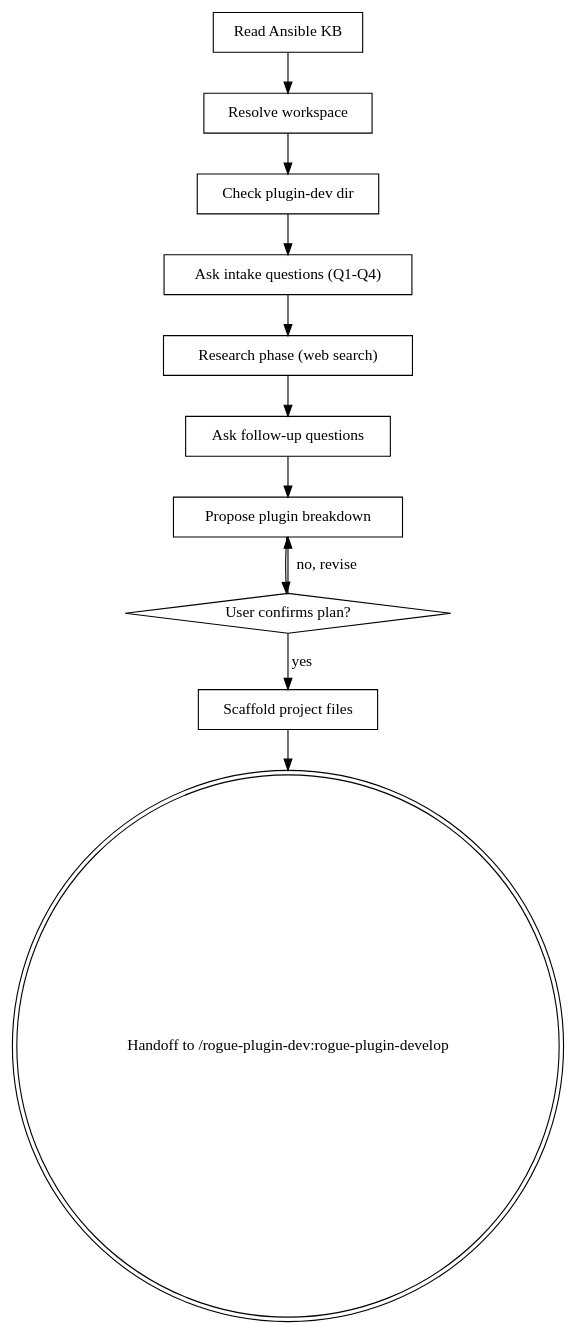
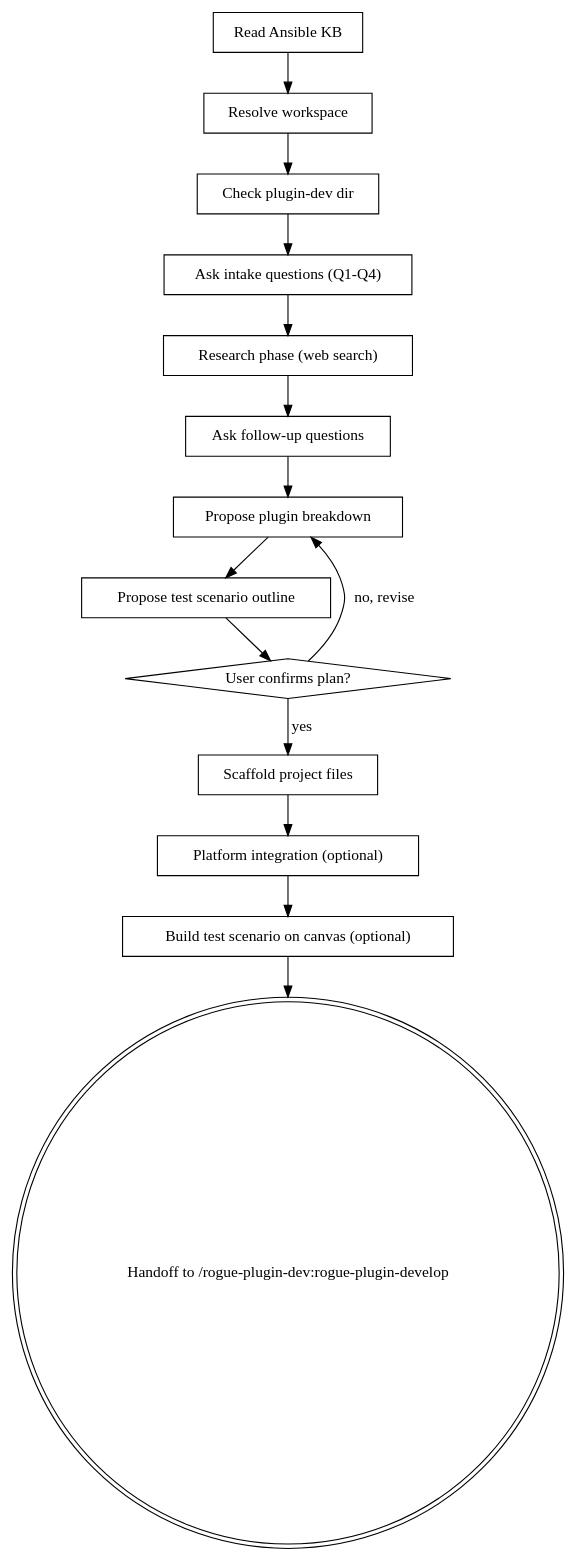
One commit to rogue-labs-cyber/rogue-arena-mcp changed the diagram in plugins/rogue-plugin-dev/skills/rogue-plugin-brainstorm/SKILL.md. Above: the diagram before and after it, drawn with Graphviz. The commit also changed other lines of this file and 15 other files, not shown here.

````diff
--- a/plugins/rogue-plugin-dev/skills/rogue-plugin-brainstorm/SKILL.md
+++ b/plugins/rogue-plugin-dev/skills/rogue-plugin-brainstorm/SKILL.md
@@ -120,25 +122,31 @@
 ```dot
 digraph brainstorm {
     "Read Ansible KB" [shape=box];
     "Resolve workspace" [shape=box];
     "Check plugin-dev dir" [shape=box];
     "Ask intake questions (Q1-Q4)" [shape=box];
     "Research phase (web search)" [shape=box];
     "Ask follow-up questions" [shape=box];
     "Propose plugin breakdown" [shape=box];
+    "Propose test scenario outline" [shape=box];
     "User confirms plan?" [shape=diamond];
     "Scaffold project files" [shape=box];
+    "Platform integration (optional)" [shape=box];
+    "Build test scenario on canvas (optional)" [shape=box];
     "Handoff to /rogue-plugin-dev:rogue-plugin-develop" [shape=doublecircle];
 
     "Read Ansible KB" -> "Resolve workspace";
     "Resolve workspace" -> "Check plugin-dev dir";
     "Check plugin-dev dir" -> "Ask intake questions (Q1-Q4)";
     "Ask intake questions (Q1-Q4)" -> "Research phase (web search)";
     "Research phase (web search)" -> "Ask follow-up questions";
     "Ask follow-up questions" -> "Propose plugin breakdown";
-    "Propose plugin breakdown" -> "User confirms plan?";
+    "Propose plugin breakdown" -> "Propose test scenario outline";
+    "Propose test scenario outline" -> "User confirms plan?";
     "User confirms plan?" -> "Propose plugin breakdown" [label="no, revise"];
     "User confirms plan?" -> "Scaffold project files" [label="yes"];
-    "Scaffold project files" -> "Handoff to /rogue-plugin-dev:rogue-plugin-develop";
+    "Scaffold project files" -> "Platform integration (optional)";
+    "Platform integration (optional)" -> "Build test scenario on canvas (optional)";
+    "Build test scenario on canvas (optional)" -> "Handoff to /rogue-plugin-dev:rogue-plugin-develop";
 }
 ```
````
